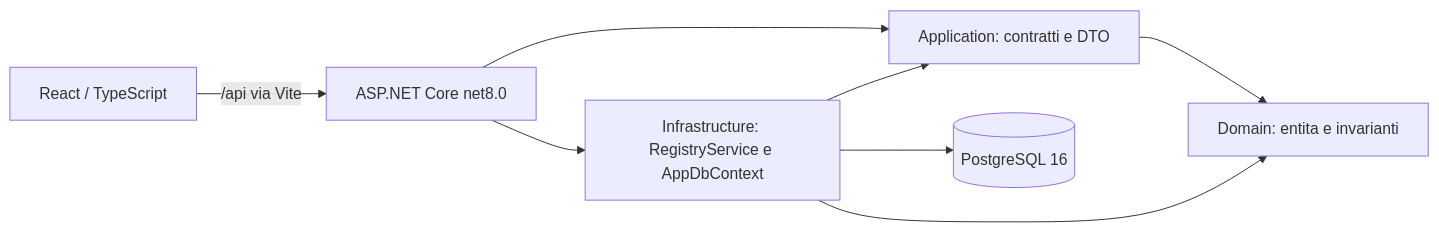
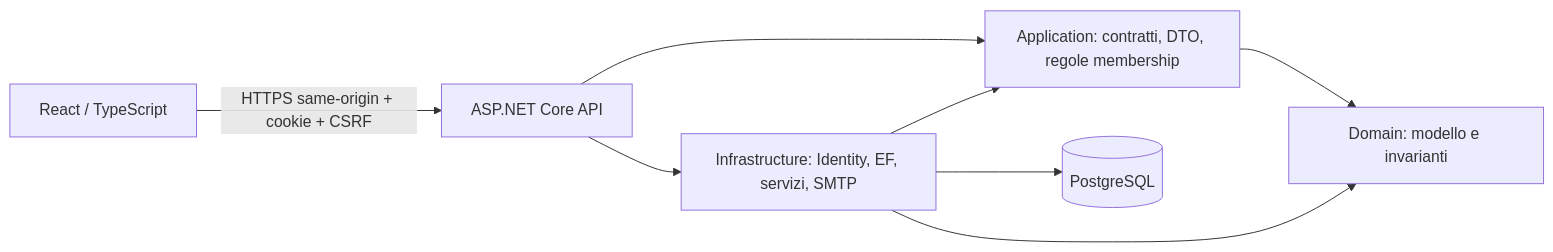
Before and after one commit to monmic/CondoManager: the diagram in docs/architecture/overview.md, drawn with Mermaid. The commit also changed other lines of this file and 64 other files, not shown here.

```diff
--- a/docs/architecture/overview.md
+++ b/docs/architecture/overview.md
@@ -2,10 +2,10 @@
 ~~~mermaid
 flowchart LR
-    React[React / TypeScript] -->|/api via Vite| Api[ASP.NET Core net8.0]
-    Api --> Application[Application: contratti e DTO]
-    Api --> Infrastructure[Infrastructure: RegistryService e AppDbContext]
+    Web[React / TypeScript] -->|HTTPS same-origin + cookie + CSRF| Api[ASP.NET Core API]
+    Api --> Application[Application: contratti, DTO, regole membership]
+    Api --> Infrastructure[Infrastructure: Identity, EF, servizi, SMTP]
+    Application --> Domain[Domain: modello e invarianti]
     Infrastructure --> Application
-    Application --> Domain[Domain: entita e invarianti]
     Infrastructure --> Domain
-    Infrastructure --> PostgreSQL[(PostgreSQL 16)]
+    Infrastructure --> DB[(PostgreSQL)]
 ~~~
```
